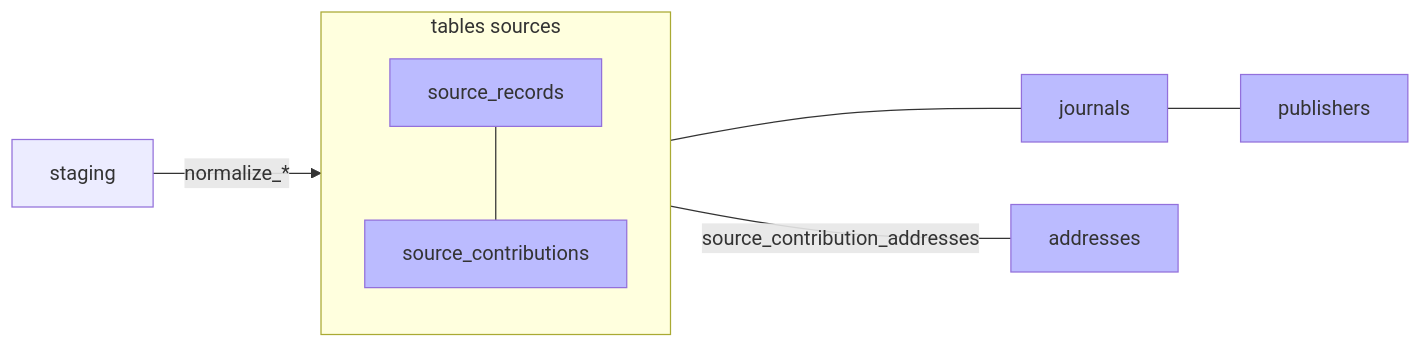
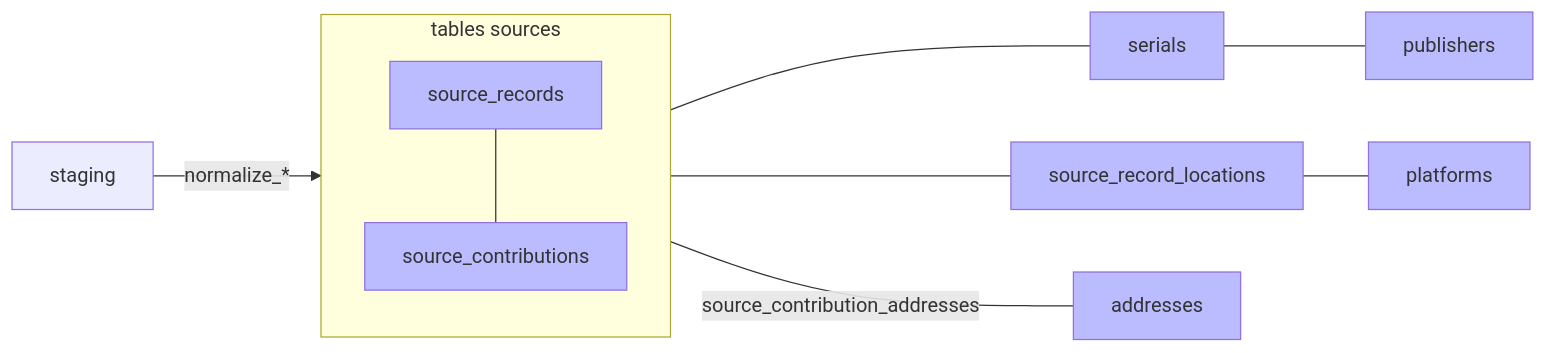
The diagram in docs/pipeline/03-normalize.md (Y33sha/bibliometrie-uca), drawn with Mermaid before and after one commit. The commit also changed other lines of this file and 21 other files, not shown here.

````diff
--- a/docs/pipeline/03-normalize.md
+++ b/docs/pipeline/03-normalize.md
@@ -5,12 +5,13 @@
 ```mermaid
 flowchart LR
     B[staging]-->|normalize_*|G
     subgraph G[tables sources]
         direction TB
         C[source_records]---D[source_contributions]
     end
-    C---journals---publishers
+    C---serials---publishers
+    C---L[source_record_locations]---platforms
     D---|source_contribution_addresses|F[addresses]
     classDef new  fill:#bbf
-    class C,D,F,journals,publishers new;
+    class C,D,F,L,serials,publishers,platforms new;
 ```
````
